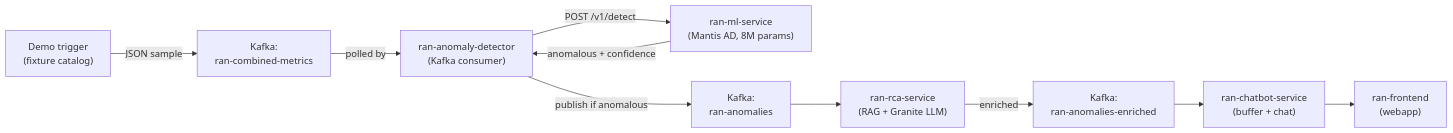
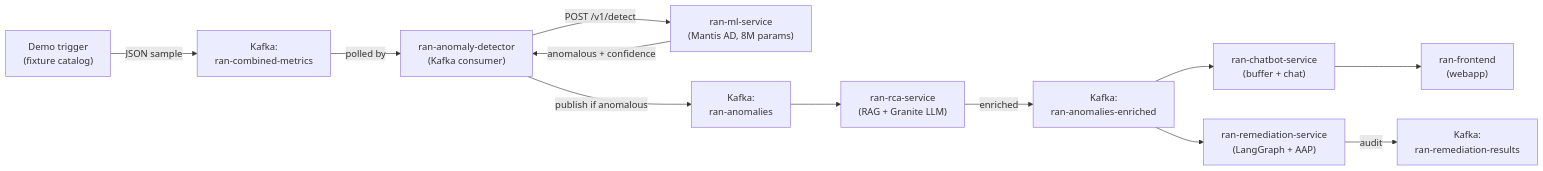
The second of 2 diagrams in docs/telco-oran-anomaly-detection.md (Alan0893/ai-driven-network-remediation), drawn with Mermaid before and after one commit. The commit also changed other lines of this file and 34 other files, not shown here.

First line of the commit message:
feat(telco): add ran-remediation-service to complete detect→explain→act→confirm loop

````diff
--- a/docs/telco-oran-anomaly-detection.md
+++ b/docs/telco-oran-anomaly-detection.md
@@ -96,12 +96,14 @@
 ```mermaid
 flowchart LR
     A["Demo trigger\n(fixture catalog)"] -->|"JSON sample"| B["Kafka:\nran-combined-metrics"]
     B -->|"polled by"| C["ran-anomaly-detector\n(Kafka consumer)"]
     C -->|"POST /v1/detect"| D["ran-ml-service\n(Mantis AD, 8M params)"]
     D -->|"anomalous + confidence"| C
     C -->|"publish if anomalous"| E["Kafka:\nran-anomalies"]
     E --> F["ran-rca-service\n(RAG + Granite LLM)"]
     F -->|"enriched"| G["Kafka:\nran-anomalies-enriched"]
     G --> H["ran-chatbot-service\n(buffer + chat)"]
     H --> I["ran-frontend\n(webapp)"]
+    G --> J["ran-remediation-service\n(LangGraph + AAP)"]
+    J -->|"audit"| K["Kafka:\nran-remediation-results"]
 ```
````
